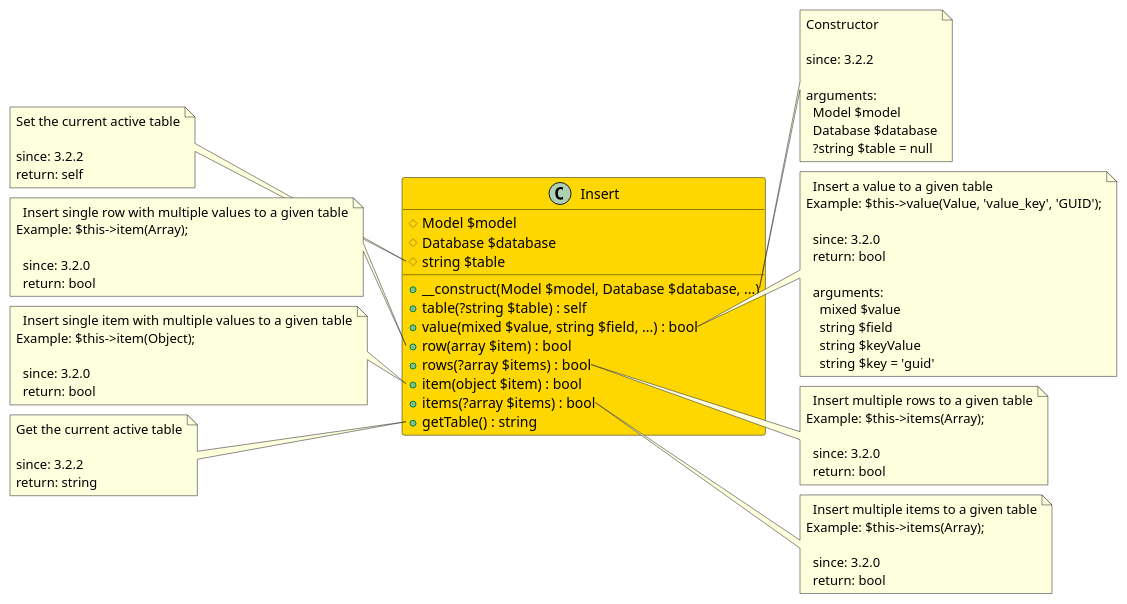
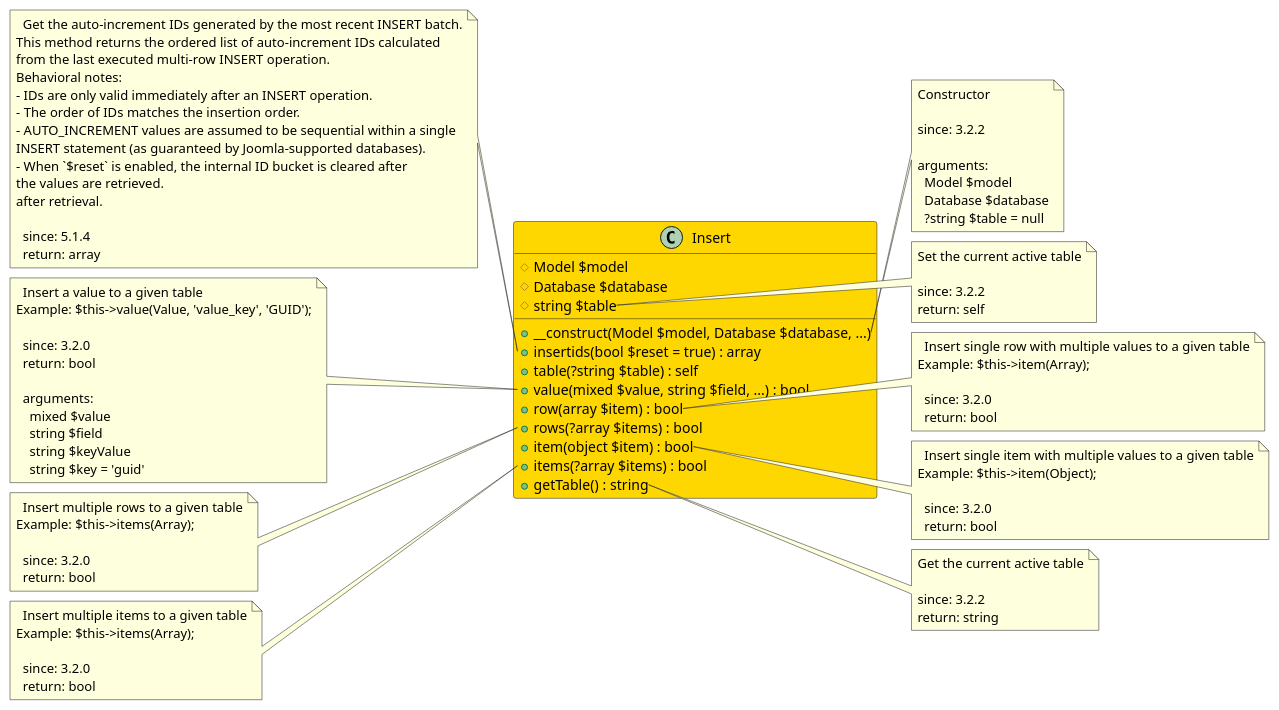
One commit to joomengine/super-powers changed the diagram in src/a455d916-cfe4-41df-9245-bafb709aacdb/README.md. Above: the diagram before and after it, drawn with PlantUML. The commit also changed 115 other files, not shown here.

```diff
--- a/src/a455d916-cfe4-41df-9245-bafb709aacdb/README.md
+++ b/src/a455d916-cfe4-41df-9245-bafb709aacdb/README.md
@@ -10,6 +10,7 @@
   # Database $database
   # string $table
   + __construct(Model $model, Database $database, ...)
+  + insertids(bool $reset = true) : array
   + table(?string $table) : self
   + value(mixed $value, string $field, ...) : bool
   + row(array $item) : bool
@@ -30,14 +31,31 @@
     ?string $table = null
 end note
 
-note left of Insert::table
+note left of Insert::insertids
+  Get the auto-increment IDs generated by the most recent INSERT batch.
+This method returns the ordered list of auto-increment IDs calculated
+from the last executed multi-row INSERT operation.
+Behavioral notes:
+- IDs are only valid immediately after an INSERT operation.
+- The order of IDs matches the insertion order.
+- AUTO_INCREMENT values are assumed to be sequential within a single
+INSERT statement (as guaranteed by Joomla-supported databases).
+- When `$reset` is enabled, the internal ID bucket is cleared after
+the values are retrieved.
+after retrieval.
+
+  since: 5.1.4
+  return: array
+end note
+
+note right of Insert::table
   Set the current active table
 
   since: 3.2.2
   return: self
 end note
 
-note right of Insert::value
+note left of Insert::value
   Insert a value to a given table
 Example: $this->value(Value, 'value_key', 'GUID');
 
@@ -51,7 +69,7 @@
     string $key = 'guid'
 end note
 
-note left of Insert::row
+note right of Insert::row
   Insert single row with multiple values to a given table
 Example: $this->item(Array);
 
@@ -59,7 +77,7 @@
   return: bool
 end note
 
-note right of Insert::rows
+note left of Insert::rows
   Insert multiple rows to a given table
 Example: $this->items(Array);
 
@@ -67,7 +85,7 @@
   return: bool
 end note
 
-note left of Insert::item
+note right of Insert::item
   Insert single item with multiple values to a given table
 Example: $this->item(Object);
 
@@ -75,7 +93,7 @@
   return: bool
 end note
 
-note right of Insert::items
+note left of Insert::items
   Insert multiple items to a given table
 Example: $this->items(Array);
 
@@ -83,7 +101,7 @@
   return: bool
 end note
 
-note left of Insert::getTable
+note right of Insert::getTable
   Get the current active table
 
   since: 3.2.2
```
